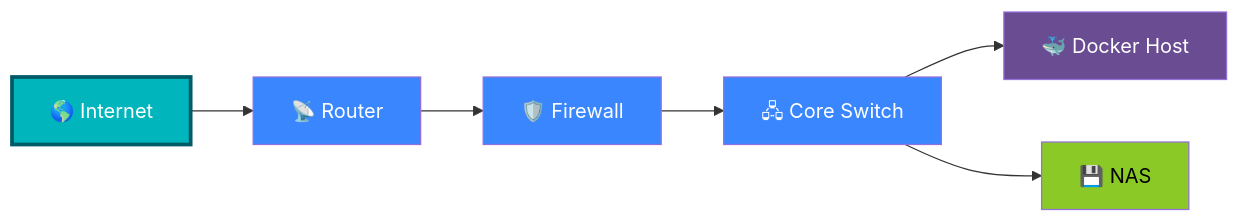
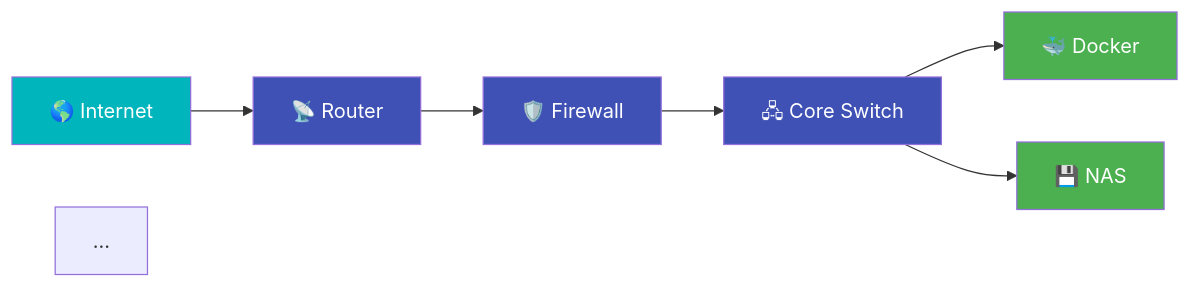
The second of 8 diagrams in docs/test/test.md (wHkr/Life-Systems), drawn with Mermaid before and after one commit. The commit also changed other lines of this file and 25 other files, not shown here.

Commit message:
Reformatted the main document. trying to beautify it now. I added a ton of .md files. there is an entire architecture to it now.

````diff
--- a/docs/test/test.md
+++ b/docs/test/test.md
@@ -13,26 +56,25 @@
-```mermaid
-flowchart LR
+    ```mermaid
+    flowchart LR
 
-Internet["🌎 Internet"]
-Router["📡 Router"]
-Firewall["🛡️ Firewall"]
-Core["🖧 Core Switch"]
-Docker["🐳 Docker Host"]
-Storage["💾 NAS"]
+    Internet["🌎 Internet"]
+    Router["📡 Router"]
+    Firewall["🛡️ Firewall"]
+    Core["🖧 Core Switch"]
+    Docker["🐳 Docker"]
+    NAS["💾 NAS"]
 
-Internet --> Router
-Router --> Firewall
-Firewall --> Core
-Core --> Docker
-Core --> Storage
+    Internet --> Router
+    Router --> Firewall
+    Firewall --> Core
+    Core --> Docker
+    Core --> NAS
 
-classDef internet fill:#00b5bb,color:#fff,stroke:#005b66,stroke-width:3px
-classDef network fill:#3a86ff,color:#fff
-classDef server fill:#6a4c93,color:#fff
-classDef storage fill:#8ac926,color:#000
+    classDef wan fill:#00b5bb,color:white
+    classDef infra fill:#3f51b5,color:white
+    classDef compute fill:#4caf50,color:white
 
-class Internet internet
-class Router,Firewall,Core network
-class Docker server
-class Storage storage
-```
+    class Internet wan
+    class Router,Firewall,Core infra
+    class Docker,NAS compute
+    ...
+    ```
````
